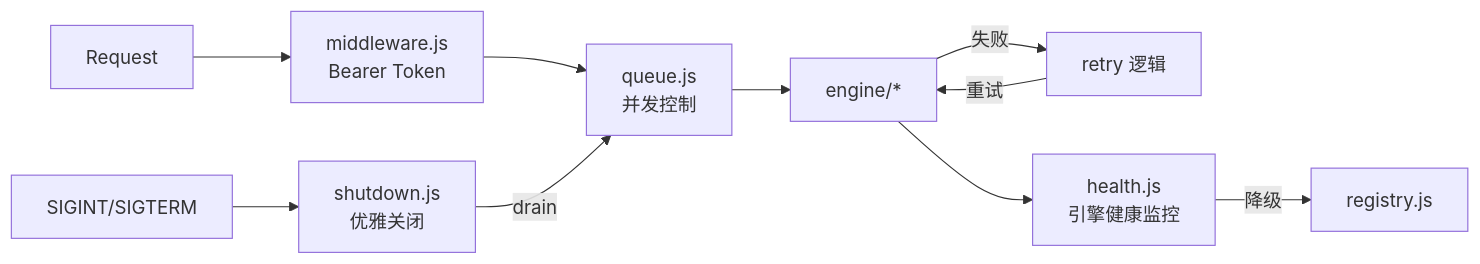
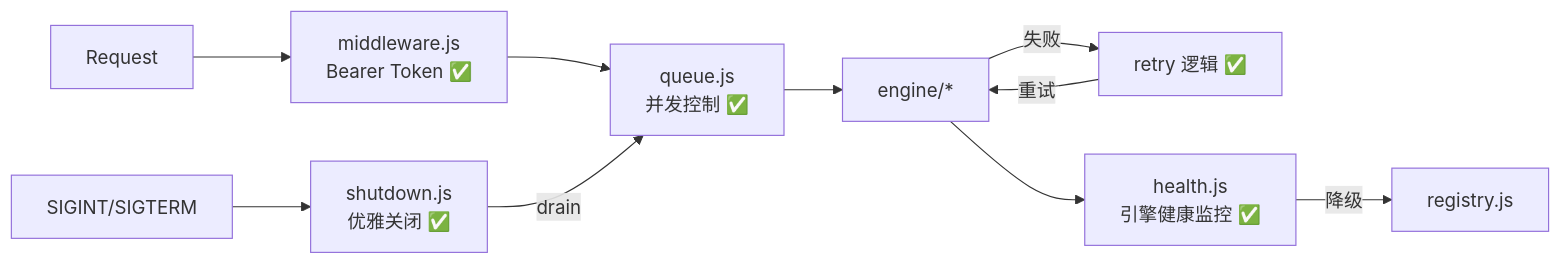
Before and after one commit to momomo-agent/agentic: the third of 3 diagrams in apps/service/ARCHITECTURE.md, drawn with Mermaid. The commit also changed other lines of this file and 25 other files, not shown here.

````diff
--- a/apps/service/ARCHITECTURE.md
+++ b/apps/service/ARCHITECTURE.md
@@ -739,13 +756,13 @@
 ```mermaid
 graph LR
-    REQ[Request] --> Auth[middleware.js<br/>Bearer Token]
-    Auth --> Queue[queue.js<br/>并发控制]
+    REQ[Request] --> Auth[middleware.js<br/>Bearer Token ✅]
+    Auth --> Queue[queue.js<br/>并发控制 ✅]
     Queue --> Engine[engine/*]
-    Engine -->|失败| Retry[retry 逻辑]
+    Engine -->|失败| Retry[retry 逻辑 ✅]
     Retry -->|重试| Engine
-    Engine --> Health[health.js<br/>引擎健康监控]
+    Engine --> Health[health.js<br/>引擎健康监控 ✅]
     Health -->|降级| Registry[registry.js]
 
-    SIGINT[SIGINT/SIGTERM] --> Shutdown[shutdown.js<br/>优雅关闭]
+    SIGINT[SIGINT/SIGTERM] --> Shutdown[shutdown.js<br/>优雅关闭 ✅]
     Shutdown -->|drain| Queue
 ```
````
